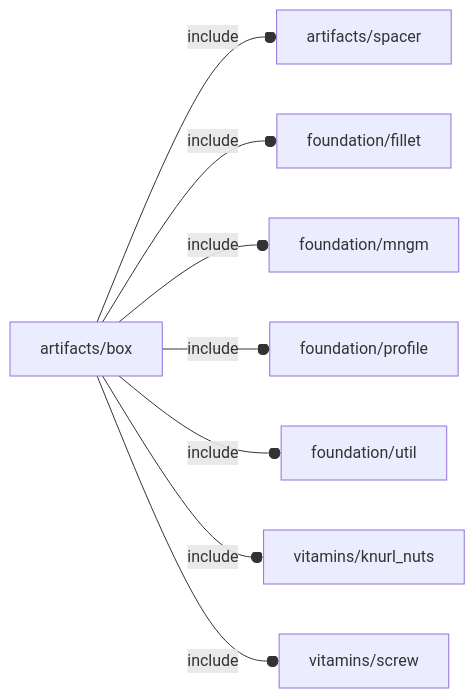
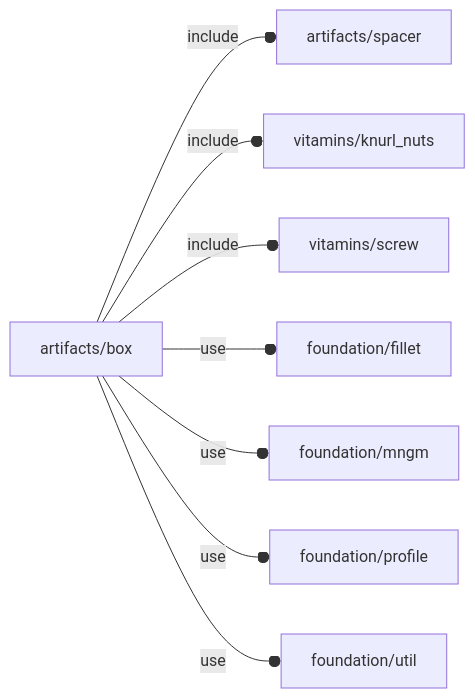
The diagram in orthodocs/artifacts/box.md (ggabbiani/OFL), drawn with Mermaid before and after one commit. The commit also changed other lines of this file and 74 other files, not shown here.

````diff
--- a/orthodocs/artifacts/box.md
+++ b/orthodocs/artifacts/box.md
@@ -5,10 +5,10 @@
 ```mermaid
 graph LR
     A1[artifacts/box] --o|include| A2[artifacts/spacer]
-    A1 --o|include| A3[foundation/fillet]
-    A1 --o|include| A4[foundation/mngm]
-    A1 --o|include| A5[foundation/profile]
-    A1 --o|include| A6[foundation/util]
-    A1 --o|include| A7[vitamins/knurl_nuts]
-    A1 --o|include| A8[vitamins/screw]
+    A1 --o|include| A3[vitamins/knurl_nuts]
+    A1 --o|include| A4[vitamins/screw]
+    A1 --o|use| A5[foundation/fillet]
+    A1 --o|use| A6[foundation/mngm]
+    A1 --o|use| A7[foundation/profile]
+    A1 --o|use| A8[foundation/util]
 ```
````
